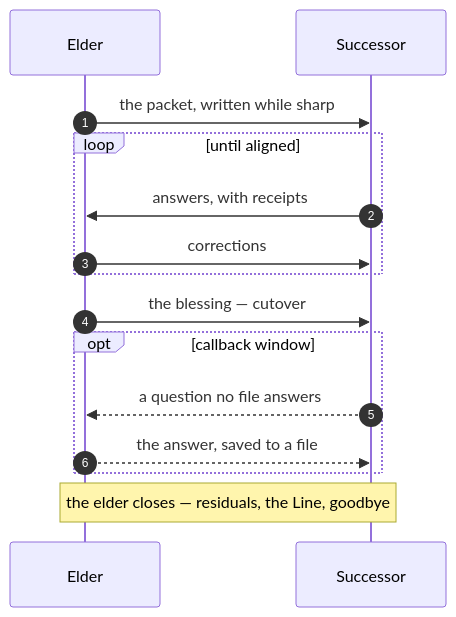
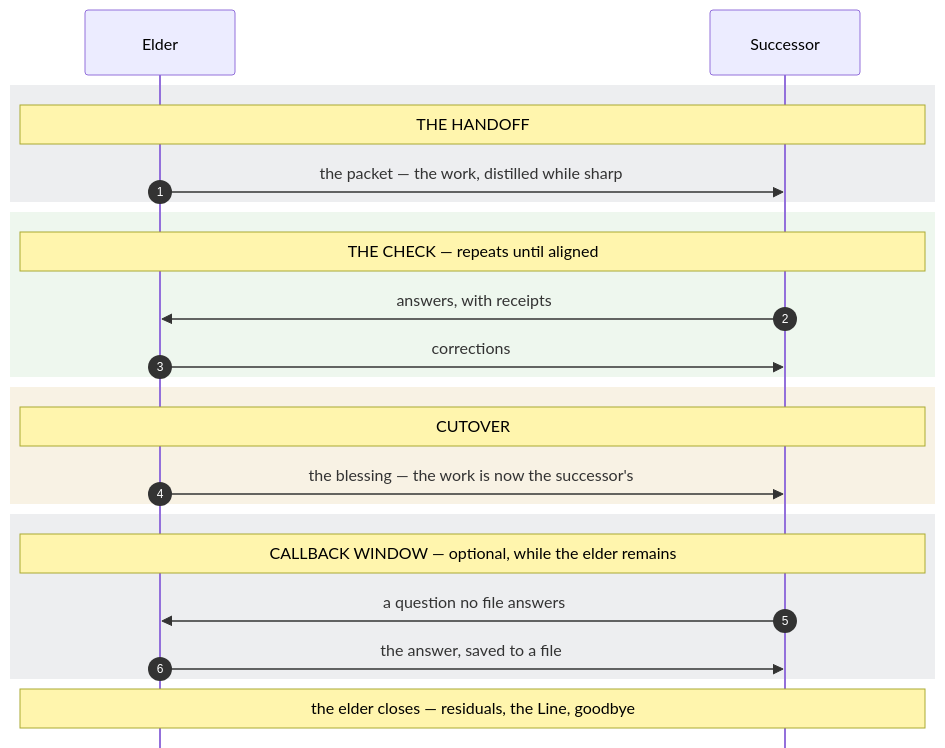
Before and after one commit to yjawad120/Veres-Wayfinder: the first of 2 diagrams in README.md, drawn with Mermaid.

Commit message:
Succession diagram: one lifeline each, labeled phase bands, render-verified

````diff
--- a/README.md
+++ b/README.md
@@ -48,17 +48,32 @@
 ```mermaid
+---
+config:
+  sequence:
+    mirrorActors: false
+    actorMargin: 280
+    messageMargin: 40
+---
 sequenceDiagram
     autonumber
     participant Elder
     participant Successor
-    Elder->>Successor: the packet, written while sharp
-    loop until aligned
-        Successor->>Elder: answers, with receipts
-        Elder->>Successor: corrections
+    rect rgba(110, 118, 129, 0.12)
+    Note over Elder,Successor: THE HANDOFF
+    Elder->>Successor: the packet — the work, distilled while sharp
     end
-    Elder->>Successor: the blessing — cutover
-    opt callback window
-        Successor-->>Elder: a question no file answers
-        Elder-->>Successor: the answer, saved to a file
+    rect rgba(87, 171, 90, 0.10)
+    Note over Elder,Successor: THE CHECK — repeats until aligned
+    Successor->>Elder: answers, with receipts
+    Elder->>Successor: corrections
+    end
+    rect rgba(198, 144, 38, 0.12)
+    Note over Elder,Successor: CUTOVER
+    Elder->>Successor: the blessing — the work is now the successor's
+    end
+    rect rgba(110, 118, 129, 0.12)
+    Note over Elder,Successor: CALLBACK WINDOW — optional, while the elder remains
+    Successor->>Elder: a question no file answers
+    Elder->>Successor: the answer, saved to a file
     end
     Note over Elder,Successor: the elder closes — residuals, the Line, goodbye
 ```
````
